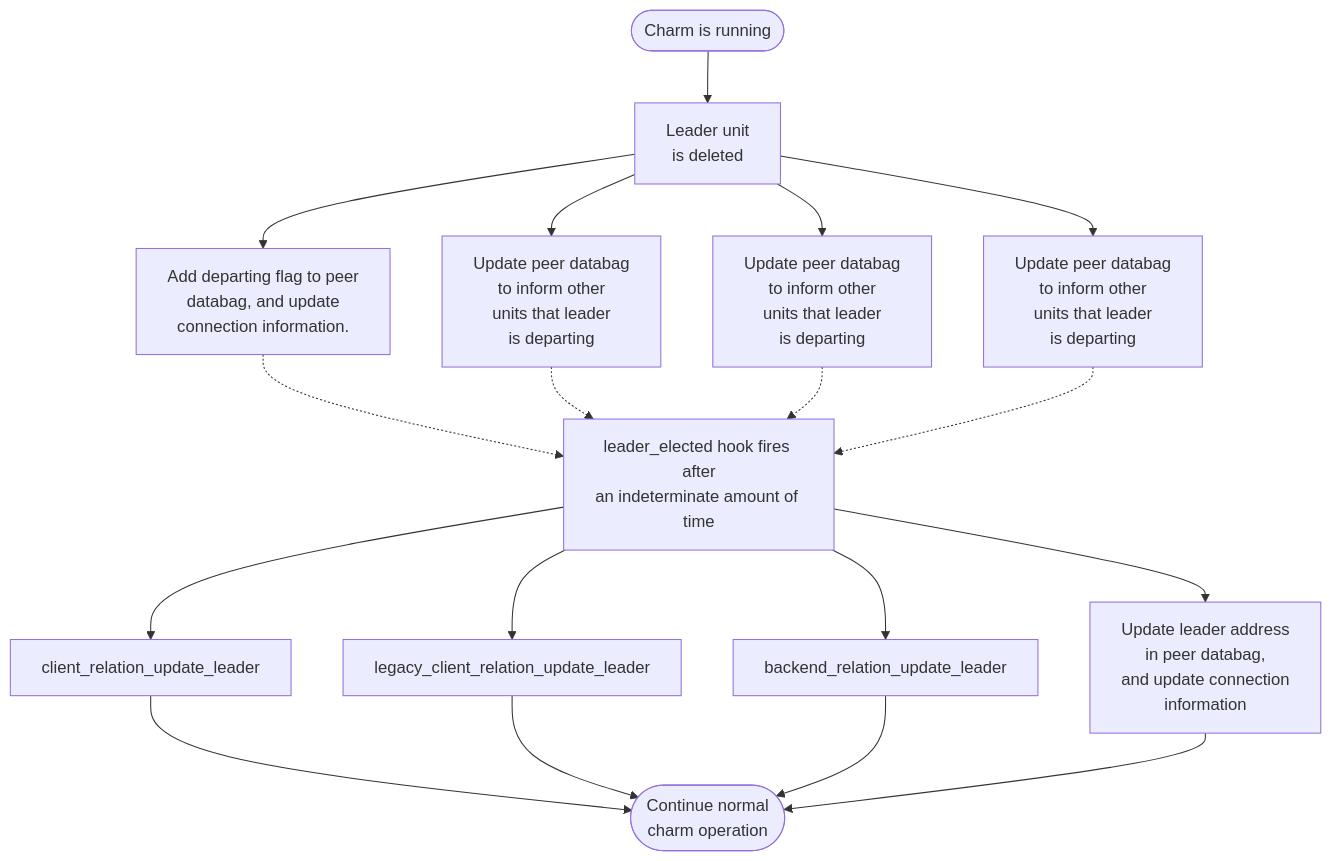
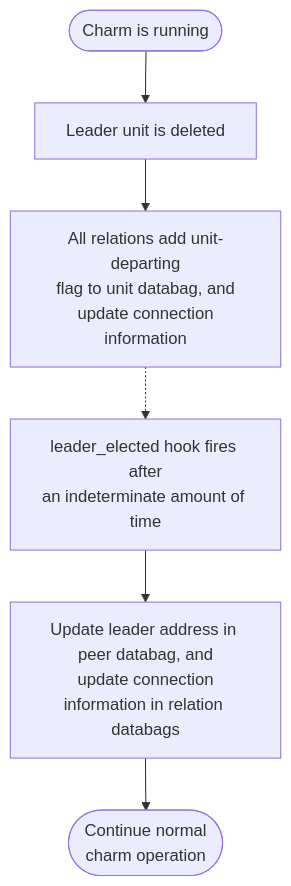
Before and after one commit to canonical/pgbouncer-k8s-operator: the third of 3 diagrams in documentation/charm.md, drawn with Mermaid. The commit also changed other lines of this file, not shown here.

Commit message:
simplifying flowcharts further

````diff
--- a/documentation/charm.md
+++ b/documentation/charm.md
@@ -46,20 +46,8 @@
 ```mermaid
 flowchart TD
-  exists([Charm is running])--> leader_deleted[Leader unit \n is deleted]
-  leader_deleted --> client_relation_remove_leader[Add departing flag to peer \n databag, and update \n connection information.]
-  leader_deleted --> legacy_client_relation_remove_leader[Update peer databag\nto inform other\nunits that leader\nis departing]
-  leader_deleted --> backend_relation_remove_leader[Update peer databag\nto inform other\nunits that leader\nis departing]
-  leader_deleted --> peer_relation_remove_leader[Update peer databag\nto inform other\nunits that leader\nis departing]
-  client_relation_remove_leader -.-> leader_elected
-  legacy_client_relation_remove_leader -.-> leader_elected
-  backend_relation_remove_leader -.-> leader_elected
-  peer_relation_remove_leader -.-> leader_elected[leader_elected hook fires after\nan indeterminate amount of time]
-  leader_elected --> client_relation_update_leader
-  leader_elected --> legacy_client_relation_update_leader
-  leader_elected --> backend_relation_update_leader
-  leader_elected --> peer_relation_update_leader[Update leader address\n in peer databag,\nand update connection\ninformation]
-  client_relation_update_leader --> continue
-  legacy_client_relation_update_leader --> continue
-  backend_relation_update_leader --> continue
-  peer_relation_update_leader --> continue([Continue normal \n charm operation])
+  exists([Charm is running])--> leader_deleted[Leader unit is deleted]
+  leader_deleted --> relation_remove_leader[All relations add unit-departing\n flag to unit databag, and \n update connection information]
+  relation_remove_leader -.-> leader_elected[leader_elected hook fires after\nan indeterminate amount of time]
+  leader_elected --> update_leader[Update leader address in peer databag, and\n update connection information in relation databags]
+  update_leader --> continue([Continue normal \n charm operation])
 ```
````
